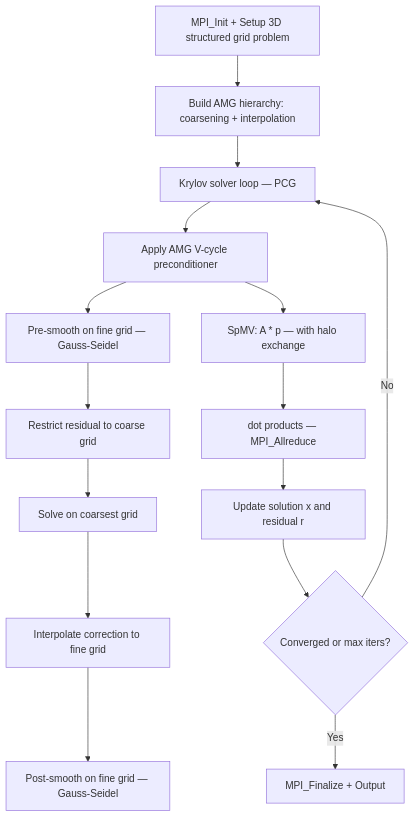
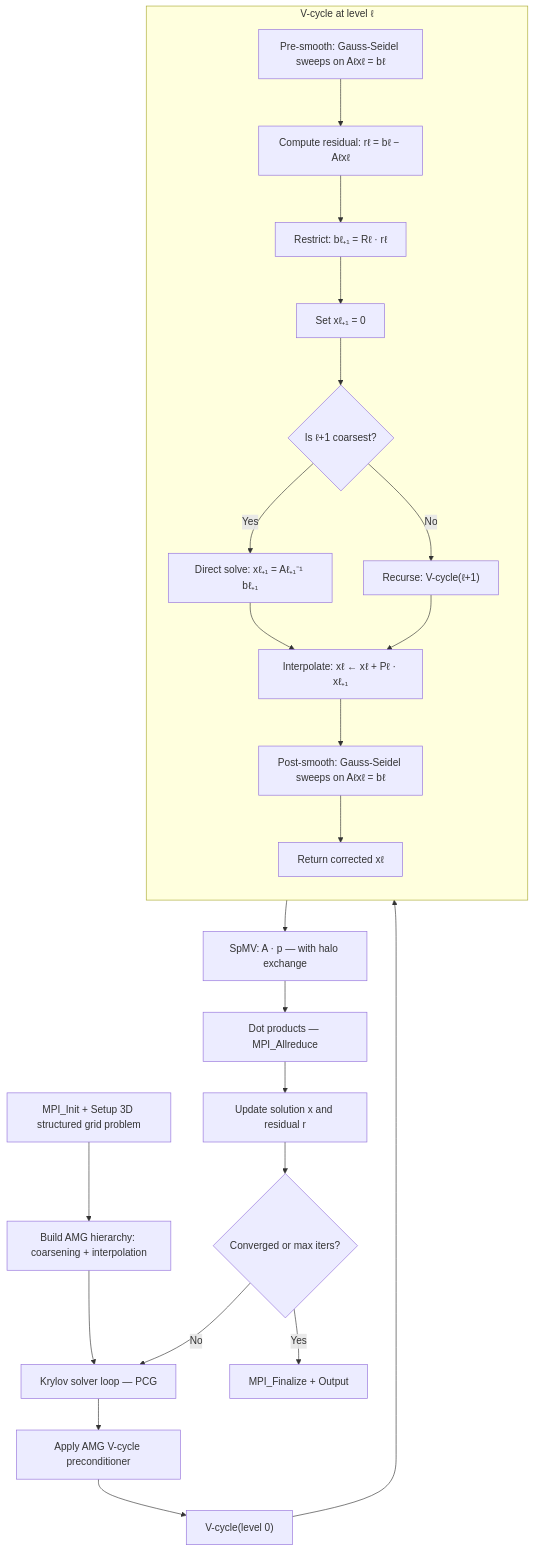
Before and after one commit to ngduchai/guard-agent: the diagram in tests/apps/docs/AMG/computation_flow.md, drawn with Mermaid. The commit also changed other lines of this file, not shown here.

Commit message:
docs: fix AMG computation flow with full recursive V-cycle
Replace the simplified single-pass V-cycle diagram with the correct
recursive structure showing pre-smooth → restrict → recurse/solve →
interpolate → post-smooth at each level. Add an execution trace
showing the symmetric descent/ascent pattern for 3 levels.

````diff
--- a/tests/apps/docs/AMG/computation_flow.md
+++ b/tests/apps/docs/AMG/computation_flow.md
@@ -8,17 +8,34 @@
 ```mermaid
 flowchart TD
     A[MPI_Init + Setup 3D structured grid problem] --> B[Build AMG hierarchy: coarsening + interpolation]
     B --> C[Krylov solver loop — PCG]
     C --> D[Apply AMG V-cycle preconditioner]
-    D --> D1[Pre-smooth on fine grid — Gauss-Seidel]
-    D1 --> D2[Restrict residual to coarse grid]
-    D2 --> D3[Solve on coarsest grid]
-    D3 --> D4[Interpolate correction to fine grid]
-    D4 --> D5[Post-smooth on fine grid — Gauss-Seidel]
-    D --> E[SpMV: A * p — with halo exchange]
-    E --> F[dot products — MPI_Allreduce]
+    D --> V0["V-cycle(level 0)"]
+
+    subgraph vcycle ["V-cycle at level ℓ"]
+        direction TB
+        S1["Pre-smooth: Gauss-Seidel sweeps on Aℓxℓ = bℓ"]
+        S2["Compute residual: rℓ = bℓ − Aℓxℓ"]
+        S3["Restrict: bℓ₊₁ = Rℓ · rℓ"]
+        S4["Set xℓ₊₁ = 0"]
+        S5{Is ℓ+1 coarsest?}
+        S6["Direct solve: xℓ₊₁ = Aℓ₊₁⁻¹ bℓ₊₁"]
+        S7["Recurse: V-cycle(ℓ+1)"]
+        S8["Interpolate: xℓ ← xℓ + Pℓ · xℓ₊₁"]
+        S9["Post-smooth: Gauss-Seidel sweeps on Aℓxℓ = bℓ"]
+        S10[Return corrected xℓ]
+
+        S1 --> S2 --> S3 --> S4 --> S5
+        S5 -->|Yes| S6 --> S8
+        S5 -->|No| S7 --> S8
+        S8 --> S9 --> S10
+    end
+
+    V0 --> S1
+    S10 --> E["SpMV: A · p — with halo exchange"]
+    E --> F["Dot products — MPI_Allreduce"]
     F --> G[Update solution x and residual r]
     G --> H{Converged or max iters?}
     H -->|No| C
     H -->|Yes| I[MPI_Finalize + Output]
 ```
````
